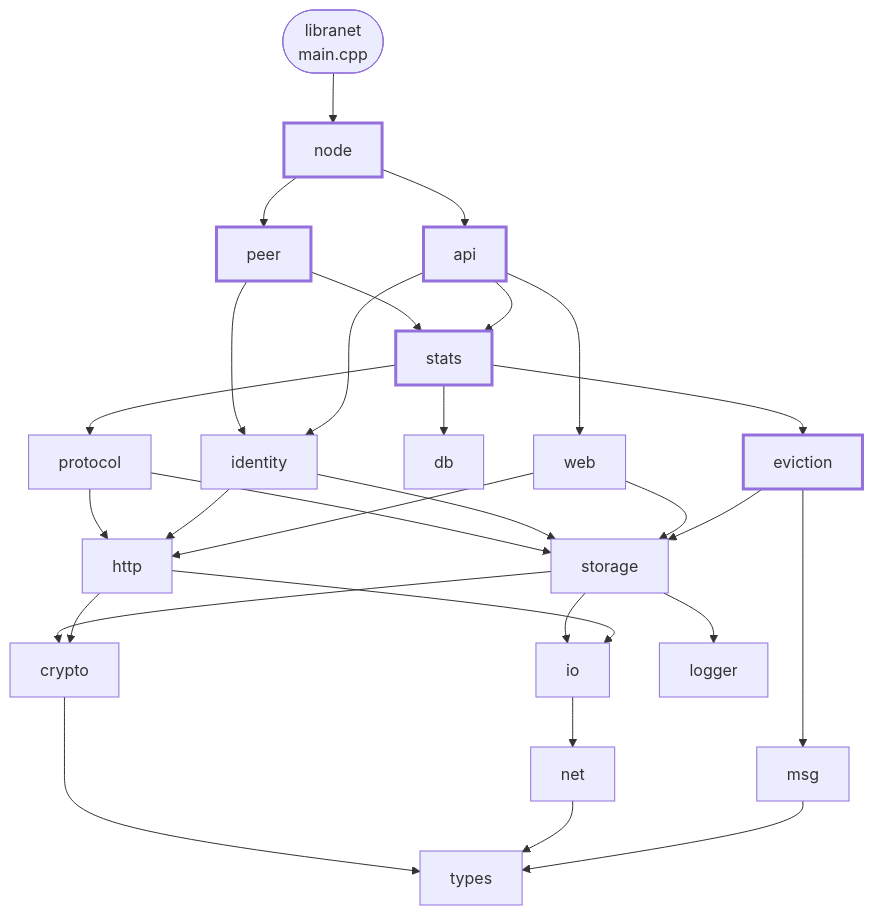
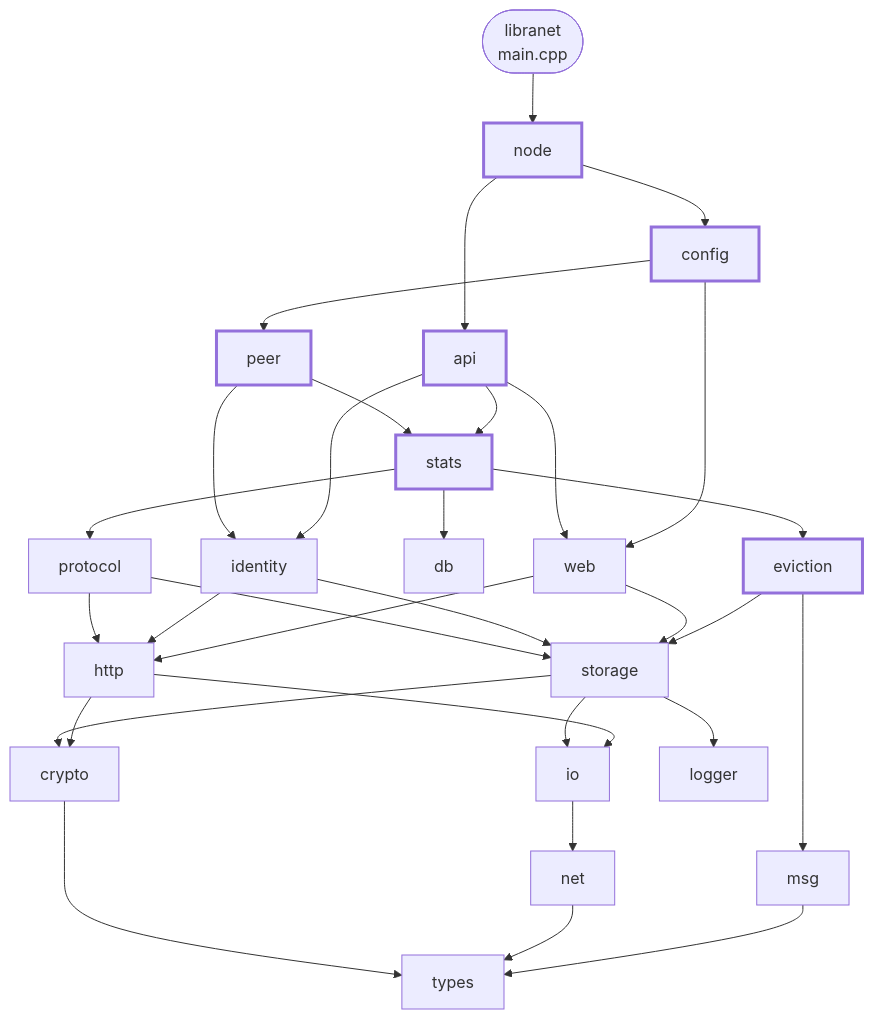
One commit to marcpage/libranet changed the third of 20 diagrams in cpp/docs/Overview.md. Above: the diagram before and after it, drawn with Mermaid. The commit also changed other lines of this file and 1 other file, not shown here.

````diff
--- a/cpp/docs/Overview.md
+++ b/cpp/docs/Overview.md
@@ -220,35 +272,37 @@
 ```mermaid
 flowchart TD
     libranet(["libranet<br/>main.cpp"])
     libranet --> node
     node --> api
-    node --> peer
+    node --> config
+    config --> peer
+    config --> web
     api --> identity
     api --> stats
     api --> web
     peer --> identity
     peer --> stats
     stats --> db
     stats --> eviction
     stats --> protocol
     eviction --> msg
     eviction --> storage
     web --> http
     web --> storage
     identity --> http
     identity --> storage
     protocol --> http
     protocol --> storage
     http --> crypto
     http --> io
     storage --> crypto
     storage --> io
     storage --> logger
     msg --> types
     io --> net
     net --> types
     crypto --> types
 
     classDef part stroke-width:3px
-    class node,api,stats,eviction,peer part
+    class node,api,stats,eviction,peer,config part
 ```
````
